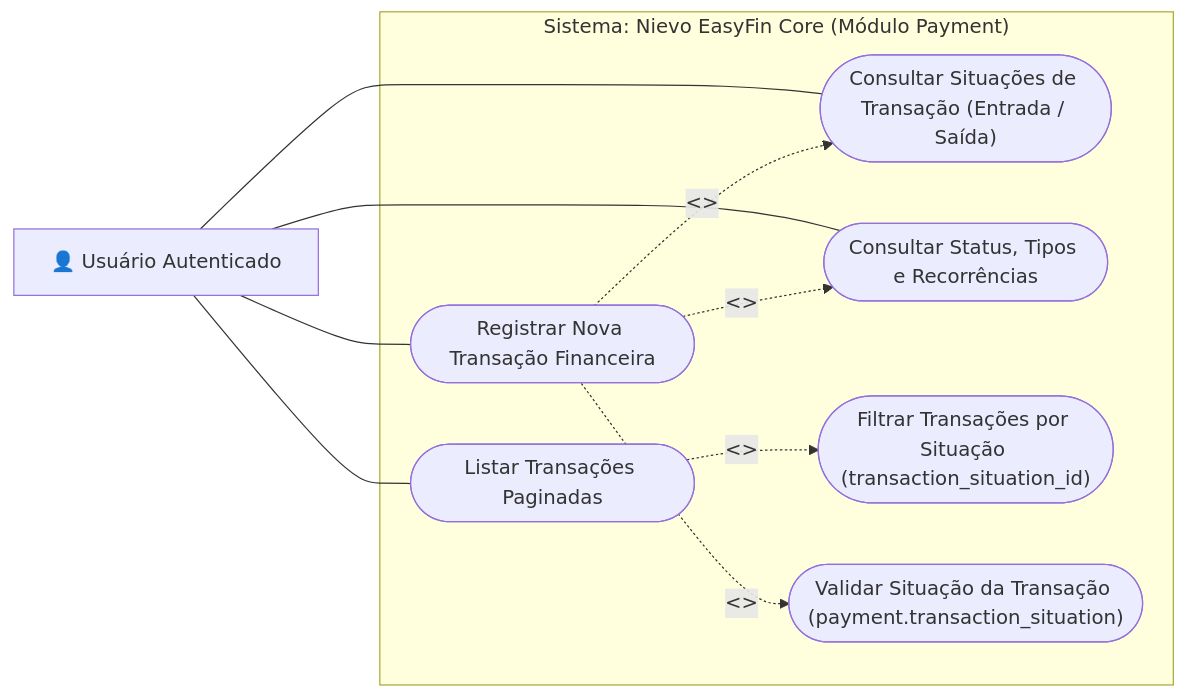
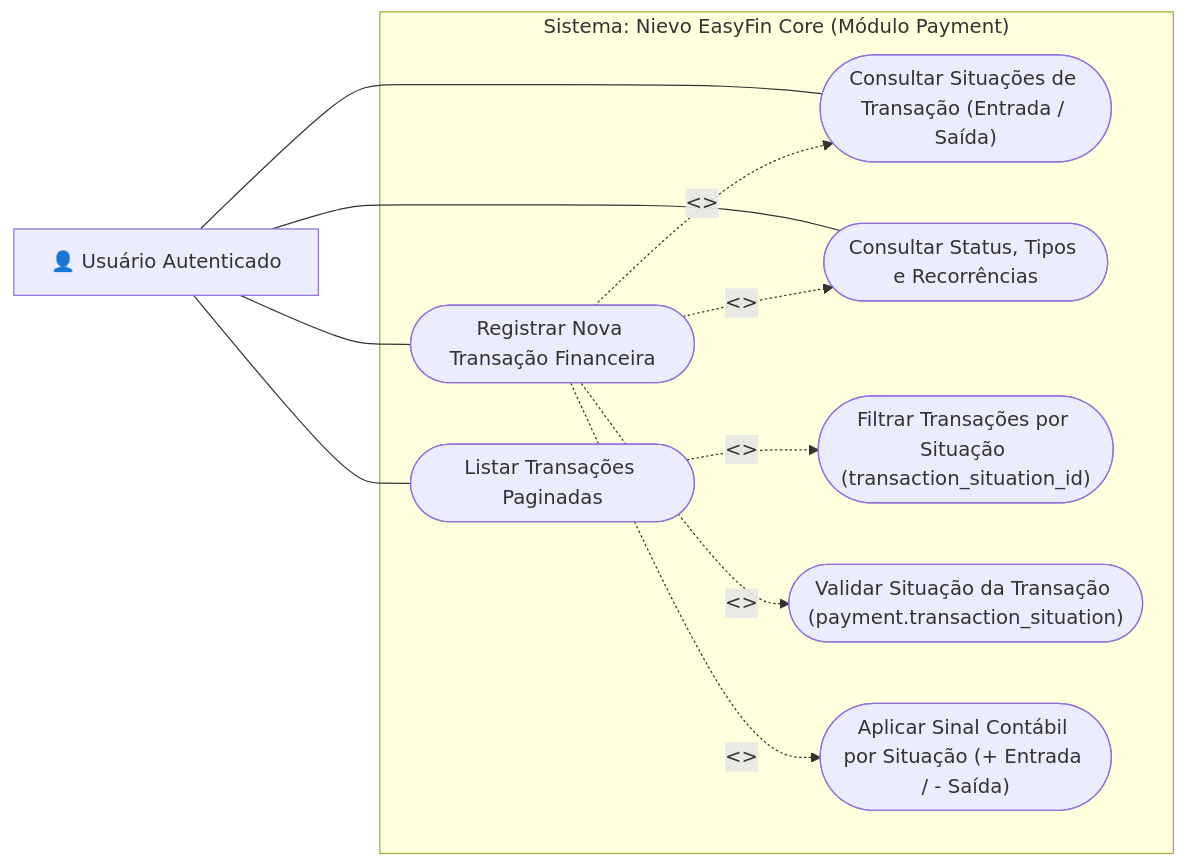
One commit to pedrovtof/Nievo-easy-fin changed the third of 4 diagrams in docs/config/docs/content/FluxosNegocio/transacoes_pagamentos.md. Above: the diagram before and after it, drawn with Mermaid. The commit also changed other lines of this file and 7 other files, not shown here.

````diff
--- a/docs/config/docs/content/FluxosNegocio/transacoes_pagamentos.md
+++ b/docs/config/docs/content/FluxosNegocio/transacoes_pagamentos.md
@@ -65,23 +69,25 @@
 ```mermaid
 flowchart LR
     actor_user["👤 Usuário Autenticado"]
 
     subgraph CorePaymentSystem ["Sistema: Nievo EasyFin Core (Módulo Payment)"]
         uc_list_situations(["Consultar Situações de Transação (Entrada / Saída)"])
         uc_list_metadata(["Consultar Status, Tipos e Recorrências"])
         uc_list_transactions(["Listar Transações Paginadas"])
         uc_filter_situation(["Filtrar Transações por Situação (transaction_situation_id)"])
         uc_create_transaction(["Registrar Nova Transação Financeira"])
         uc_validate_situation(["Validar Situação da Transação (payment.transaction_situation)"])
+        uc_apply_sign(["Aplicar Sinal Contábil por Situação (+ Entrada / - Saída)"])
 
         uc_list_transactions -.->|"<<extend>>"| uc_filter_situation
         uc_create_transaction -.->|"<<include>>"| uc_validate_situation
+        uc_create_transaction -.->|"<<include>>"| uc_apply_sign
         uc_create_transaction -.->|"<<include>>"| uc_list_situations
         uc_create_transaction -.->|"<<include>>"| uc_list_metadata
     end
 
     actor_user --- uc_list_situations
     actor_user --- uc_list_metadata
     actor_user --- uc_list_transactions
     actor_user --- uc_create_transaction
 ```
````
